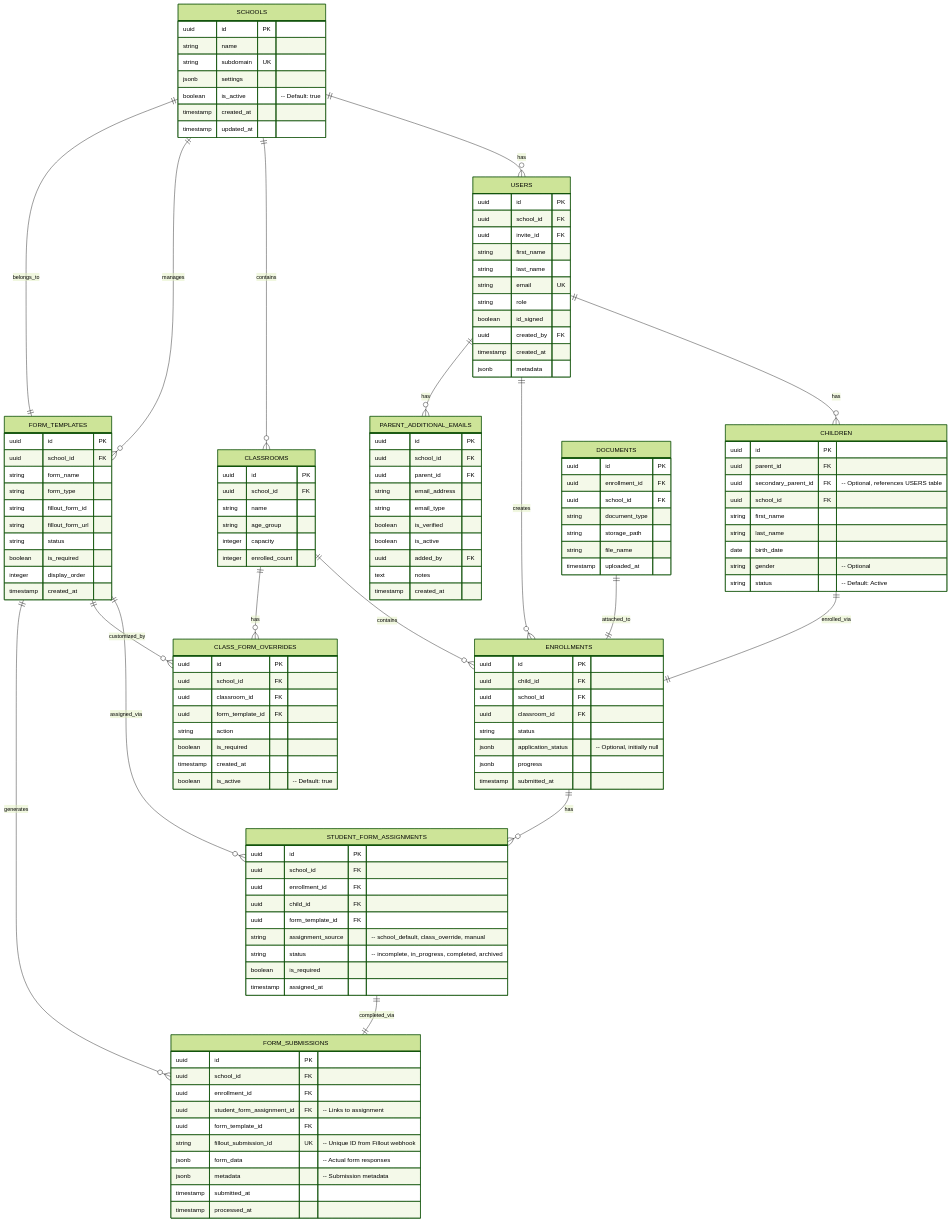
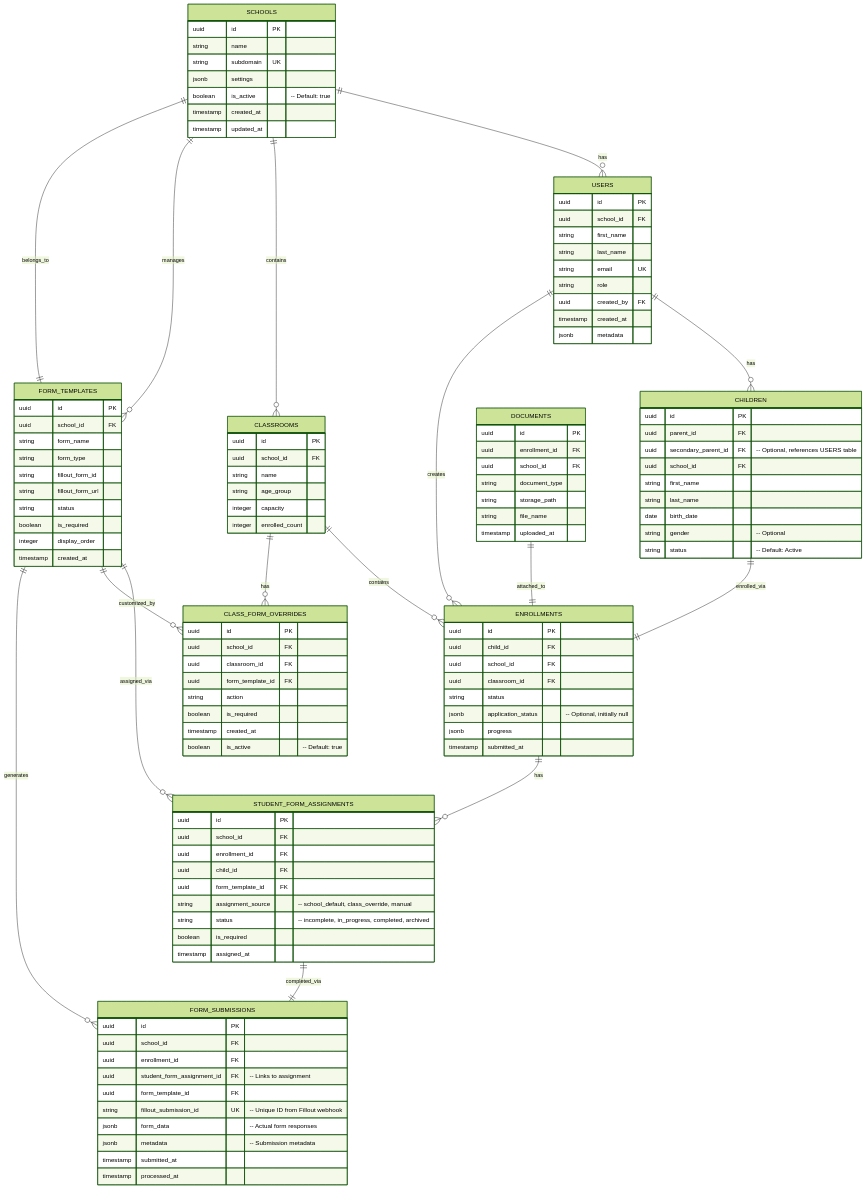
Before and after one commit to arjavatech/goddard_rust_pack: the third of 27 diagrams in docs/System_Architecture_Design.md, drawn with Mermaid (forest theme). The commit also changed 1 other file, not shown here.

Commit message:
db changes

```diff
--- a/docs/System_Architecture_Design.md
+++ b/docs/System_Architecture_Design.md
@@ -166,34 +166,18 @@
     
     USERS ||--o{ CHILDREN : has
     USERS ||--o{ ENROLLMENTS : creates
-    USERS ||--o{ PARENT_ADDITIONAL_EMAILS : has
     USERS {
         uuid id PK
         uuid school_id FK
-        uuid invite_id FK
         string first_name
         string last_name
         string email UK
         string role
-        boolean id_signed
         uuid created_by FK
         timestamp created_at
         jsonb metadata
     }
-    
-    PARENT_ADDITIONAL_EMAILS {
-        uuid id PK
-        uuid school_id FK
-        uuid parent_id FK
-        string email_address
-        string email_type
-        boolean is_verified
-        boolean is_active
-        uuid added_by FK
-        text notes
-        timestamp created_at
-    }
-    
+
     CHILDREN ||--|| ENROLLMENTS : enrolled_via
     CHILDREN {
         uuid id PK
```
